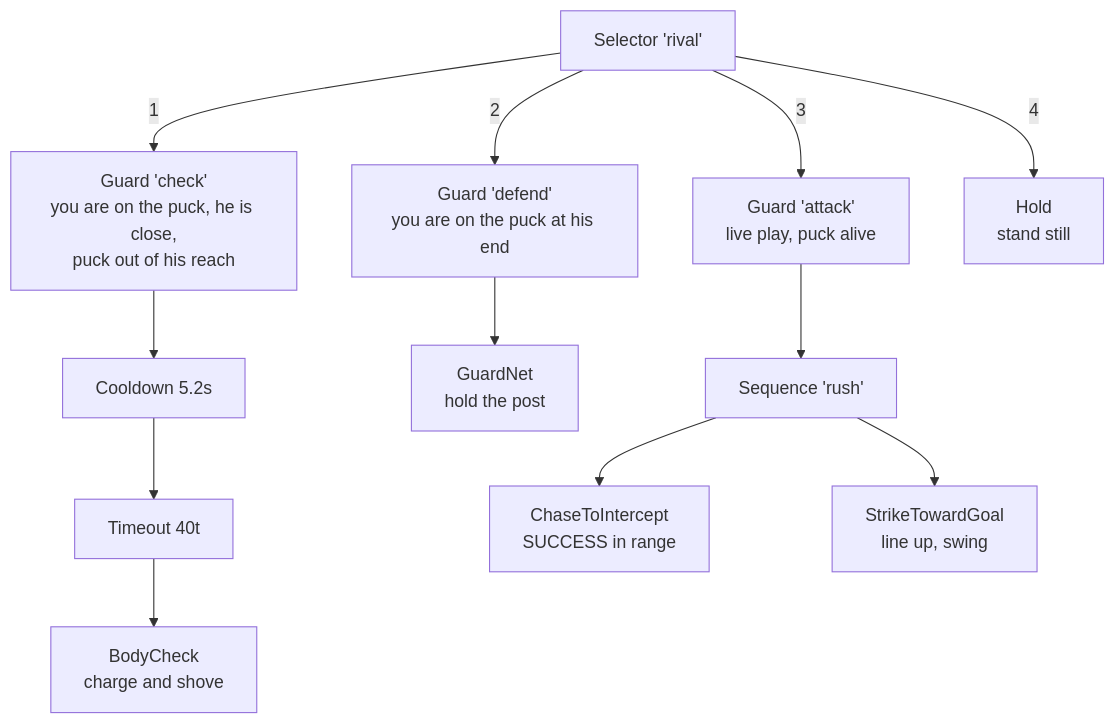
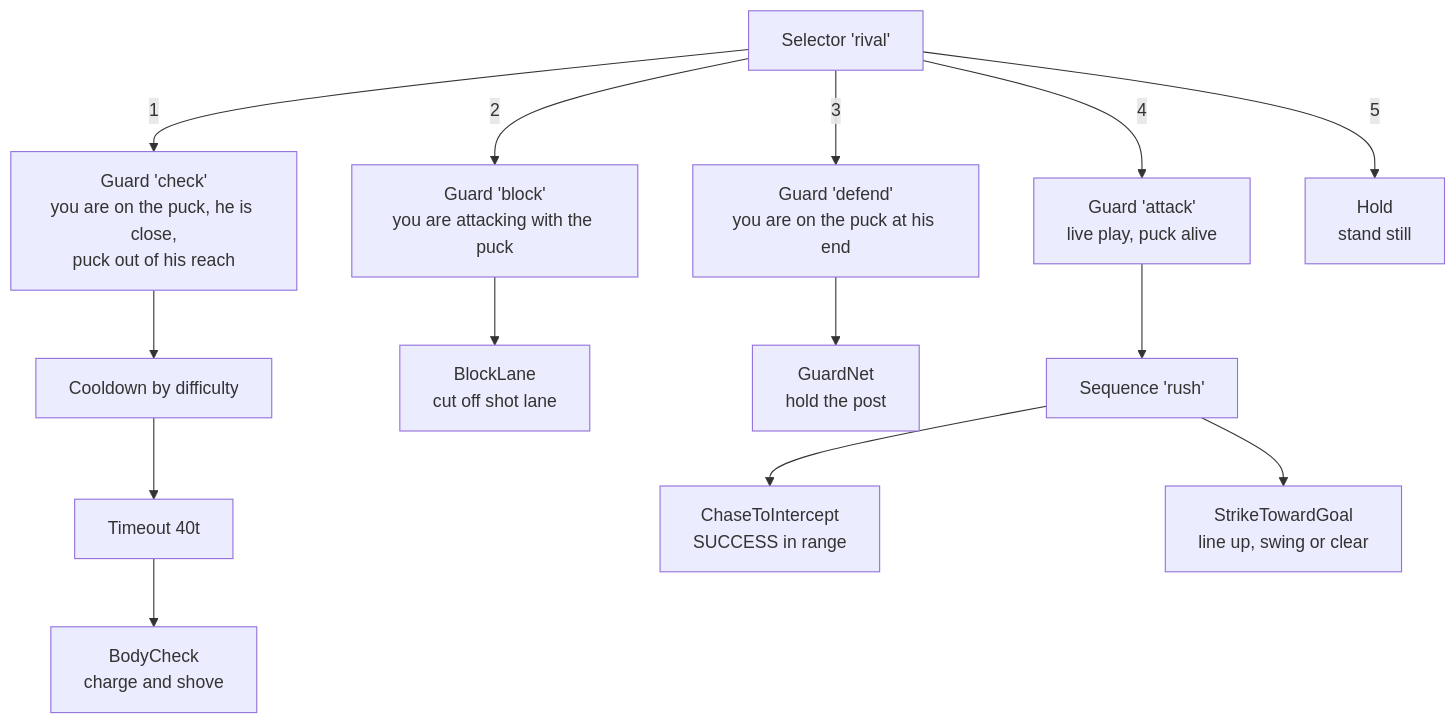
Before and after one commit to denmeh/RinkRival: the second of 4 diagrams in docs/behavior-tree.md, drawn with Mermaid. The commit also changed other lines of this file and 18 other files, not shown here.

Commit message:
add faster rival skating, random jerseys, block lane and punchier rebounds

````diff
--- a/docs/behavior-tree.md
+++ b/docs/behavior-tree.md
@@ -142,18 +142,21 @@
 ```mermaid
 flowchart TD
   root["Selector 'rival'"]
   root -->|1| gc["Guard 'check'<br/>you are on the puck, he is close,<br/>puck out of his reach"]
-  root -->|2| gd["Guard 'defend'<br/>you are on the puck at his end"]
-  root -->|3| ga["Guard 'attack'<br/>live play, puck alive"]
-  root -->|4| hold["Hold<br/>stand still"]
+  root -->|2| gb["Guard 'block'<br/>you are attacking with the puck"]
+  root -->|3| gd["Guard 'defend'<br/>you are on the puck at his end"]
+  root -->|4| ga["Guard 'attack'<br/>live play, puck alive"]
+  root -->|5| hold["Hold<br/>stand still"]
 
-  gc --> cd["Cooldown 5.2s"]
+  gc --> cd["Cooldown by difficulty"]
   cd --> to["Timeout 40t"]
   to --> bc["BodyCheck<br/>charge and shove"]
+
+  gb --> bl["BlockLane<br/>cut off shot lane"]
 
   gd --> gn["GuardNet<br/>hold the post"]
 
   ga --> seq["Sequence 'rush'"]
   seq --> chase["ChaseToIntercept<br/>SUCCESS in range"]
-  seq --> strike["StrikeTowardGoal<br/>line up, swing"]
+  seq --> strike["StrikeTowardGoal<br/>line up, swing or clear"]
 ```
````
